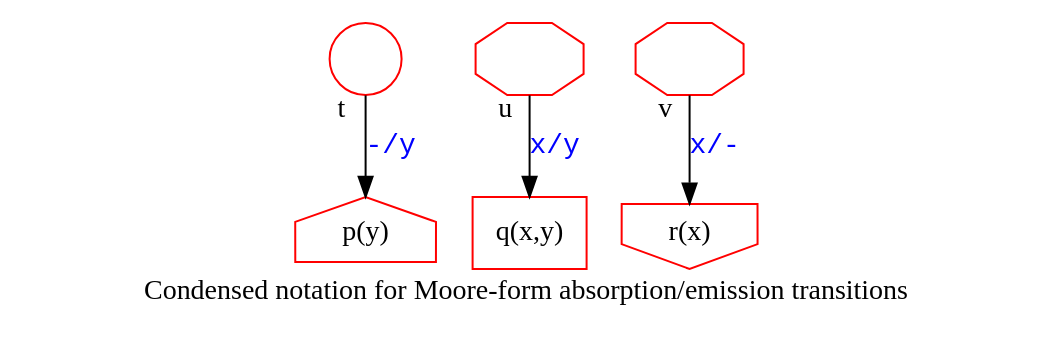
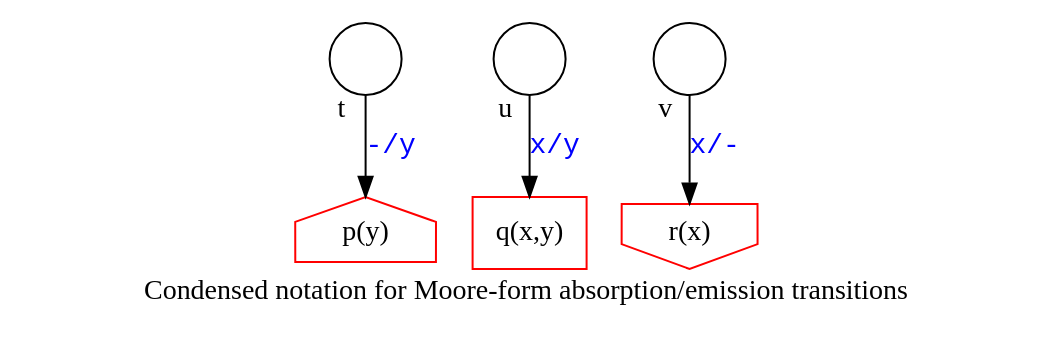
One commit to ihh/transducer-tutorial changed the diagram in condensed-emission.dot. Above: the diagram before and after it, drawn with Graphviz. The commit also changed 7 other files, not shown here.

```diff
--- a/condensed-emission.dot
+++ b/condensed-emission.dot
@@ -1,21 +1,21 @@
 digraph G {
 
-    S [label="", shape=circle, color=red];
+    S [label="", shape=circle];
 
     I [label="p(y)", shape=house, color=red];
 
-    W [label="", shape=octagon, color=red];
-    X [label="", shape=octagon, color=red];
+    W [label="", shape=circle];
+    X [label="", shape=circle];
 
     M [label="q(x,y)", shape=rect, color=red];
 
     D [label="r(x)", shape=invhouse, color=red];
 
 S->I [label="-/y" taillabel="t" labelangle=300 labeldistance=1.4 fontcolor="blue" labelfontcolor="black" fontname="Courier" labelfontname="Times"];
 
 W->M [label="x/y" taillabel="u" labelangle=300 labeldistance=1.4 fontcolor="blue" labelfontcolor="black" fontname="Courier" labelfontname="Times"];
 
 X->D [label="x/-" taillabel="v" labelangle=300 labeldistance=1.4 fontcolor="blue" labelfontcolor="black" fontname="Courier" labelfontname="Times"];
 
     label="Condensed notation for Moore-form absorption/emission transitions";
 }
```
